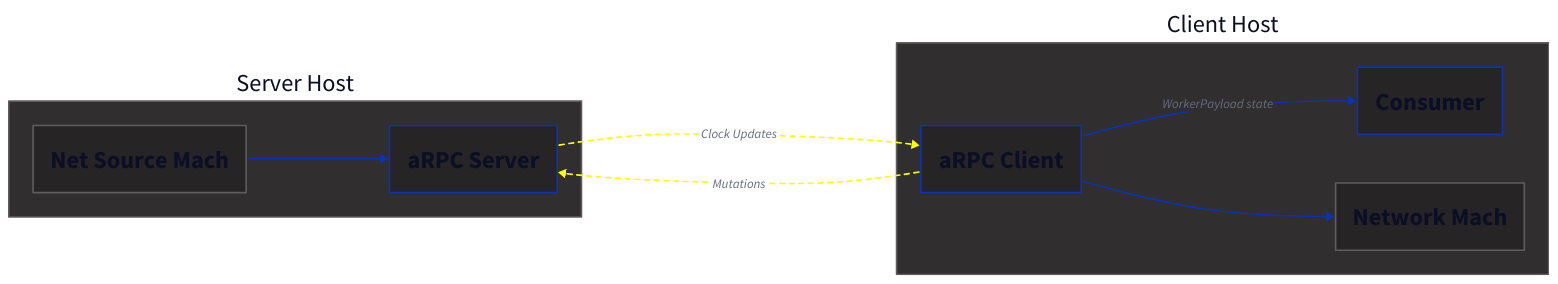
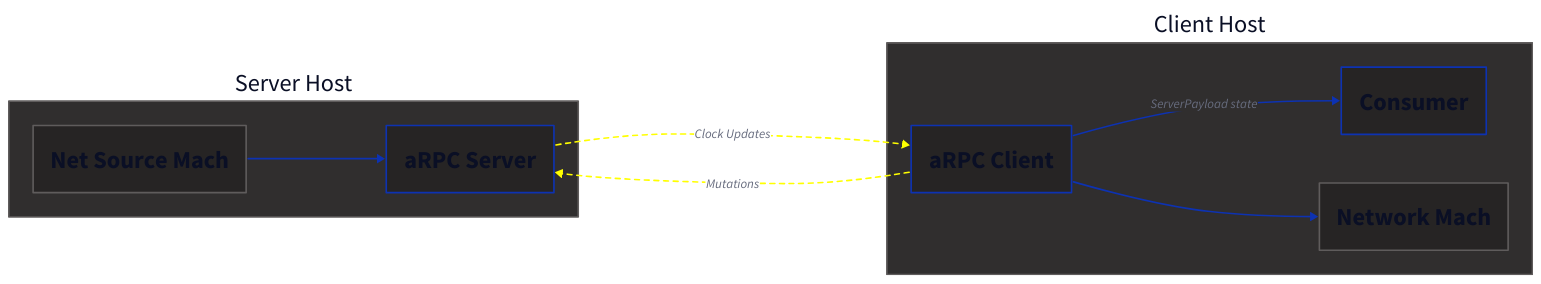
One commit to pancsta/asyncmachine-go changed the diagram in docs/diagrams/arpc.d2. Above: the diagram before and after it, drawn with D2. The commit also changed 10 other files, not shown here.

```diff
--- a/docs/diagrams/arpc.d2
+++ b/docs/diagrams/arpc.d2
@@ -1,98 +1,98 @@
 direction: right
 
 
 classes: {
   link-rel: {
     style: {
       stroke-dash: 3
     }
   }
   link-handler:{
     style: {
       stroke-dash: 3
     }
   }
   link-sync: {
     style: {
       stroke: yellow
       stroke-dash: 3
     }
   }
   state: {
     style: {
       stroke: white
       border-radius: 999
       fill: "#45475A"
       font-size: 20
     }
   }
   mach: {
     style: {
       stroke: "#5F5C5C"
       fill: "#262424"
       font-size: 30
     }
   }
   host: {
     style: {
       stroke: "#5F5C5C"
       fill: "#302E2E"
       font-size: 30
     }
   }
   handler: {
     style: {
       fill: "black"
     }
   }
   struct: {
     style: {
       fill: "#262424"
       font-size: 30
     }
   }
   transparent: {
     style: {
       opacity: 0
     }
   }
   sequence: {
     style: {
      font-size: 16
      stroke: "#7E7878"
    }
   }
 }
 
 # Subgraph: Server Host
 s: Server Host {
   Server: aRPC Server
   Server.class: struct
   Source: Net Source Mach
   Source.class: mach
 
   # Internal connection
   Source -> Server
 }
 s.class: host
 
 # Subgraph: Client Host
 c: Client Host {
   Consumer
   Consumer.class: struct
   Client: aRPC Client
   Client.class: struct
   NetMach: Network Mach
   NetMach.class: mach
 
   # Internal connections
-  Client -> Consumer: WorkerPayload state
+  Client -> Consumer: ServerPayload state
   Client -> NetMach
 }
 c.class: host
 
 # Cross-host connections
 c.Client -> s.Server: Mutations {class: link-sync}
 
 # Dotted line connection
 s.Server -> c.Client: Clock Updates {class: link-sync}
```
